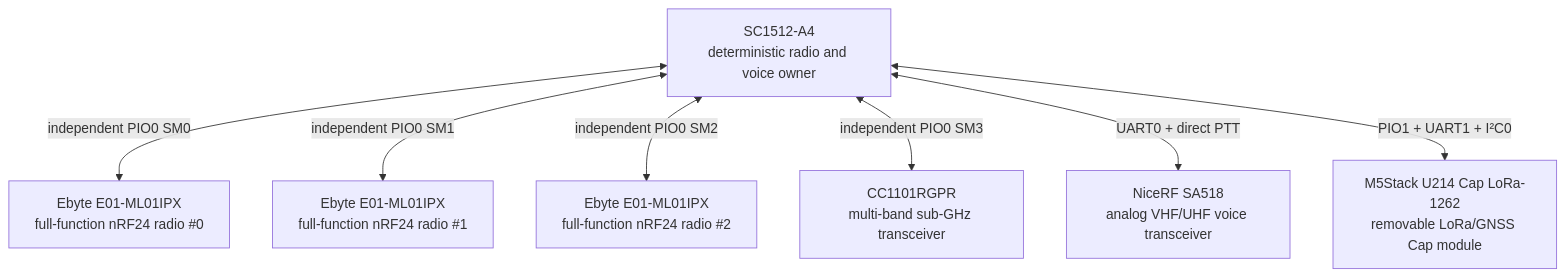
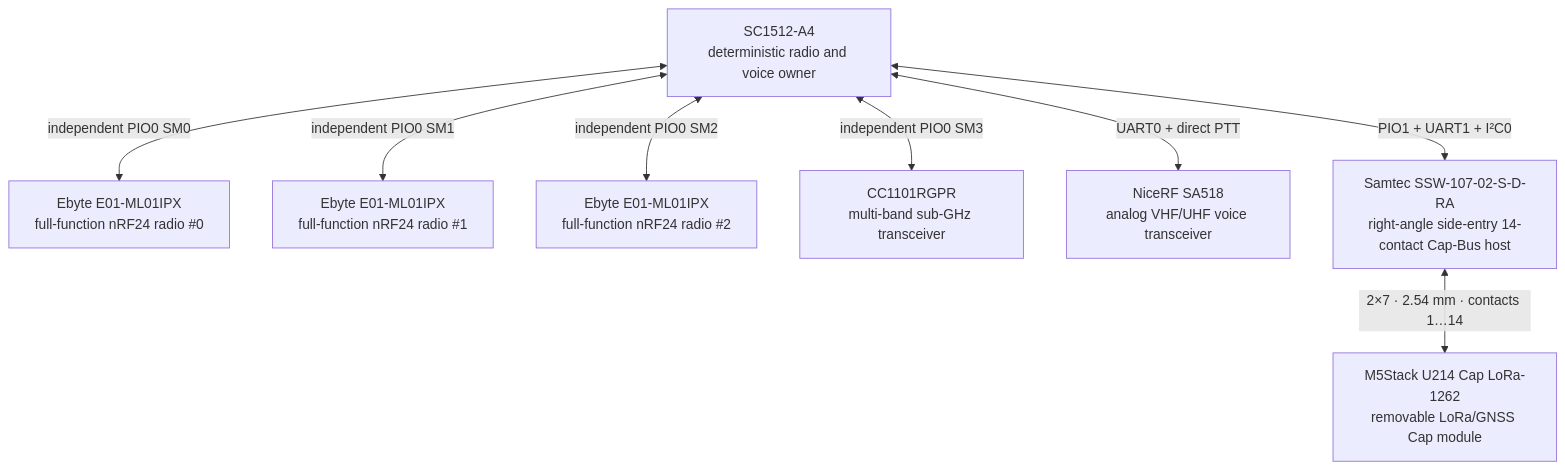
One commit to anton-vinogradov/esp32-leshy2 changed the fourth of 10 diagrams in README.md. Above: the diagram before and after it, drawn with Mermaid. The commit also changed other lines of this file and 20 other files, not shown here.

Commit message:
Fix layout legend and close U214 host connector

````diff
--- a/README.md
+++ b/README.md
@@ -112,16 +112,18 @@
 ```mermaid
 flowchart TD
 RP["SC1512-A4<br/>deterministic radio and voice owner"]
 NRF0["Ebyte E01-ML01IPX<br/>full-function nRF24 radio #0"]
 NRF1["Ebyte E01-ML01IPX<br/>full-function nRF24 radio #1"]
 NRF2["Ebyte E01-ML01IPX<br/>full-function nRF24 radio #2"]
 CC["CC1101RGPR<br/>multi-band sub-GHz transceiver"]
 VOICE["NiceRF SA518<br/>analog VHF/UHF voice transceiver"]
+U214_CONNECTOR["Samtec SSW-107-02-S-D-RA<br/>right-angle side-entry 14-contact Cap-Bus host"]
 U214["M5Stack U214 Cap LoRa-1262<br/>removable LoRa/GNSS Cap module"]
   RP <-->|"independent PIO0 SM0"| NRF0
   RP <-->|"independent PIO0 SM1"| NRF1
   RP <-->|"independent PIO0 SM2"| NRF2
   RP <-->|"independent PIO0 SM3"| CC
   RP <-->|"UART0 + direct PTT"| VOICE
-  RP <-->|"PIO1 + UART1 + I²C0"| U214
+  RP <-->|"PIO1 + UART1 + I²C0"| U214_CONNECTOR
+  U214_CONNECTOR <-->|"2×7 · 2.54 mm · contacts 1…14"| U214
 ```
````
